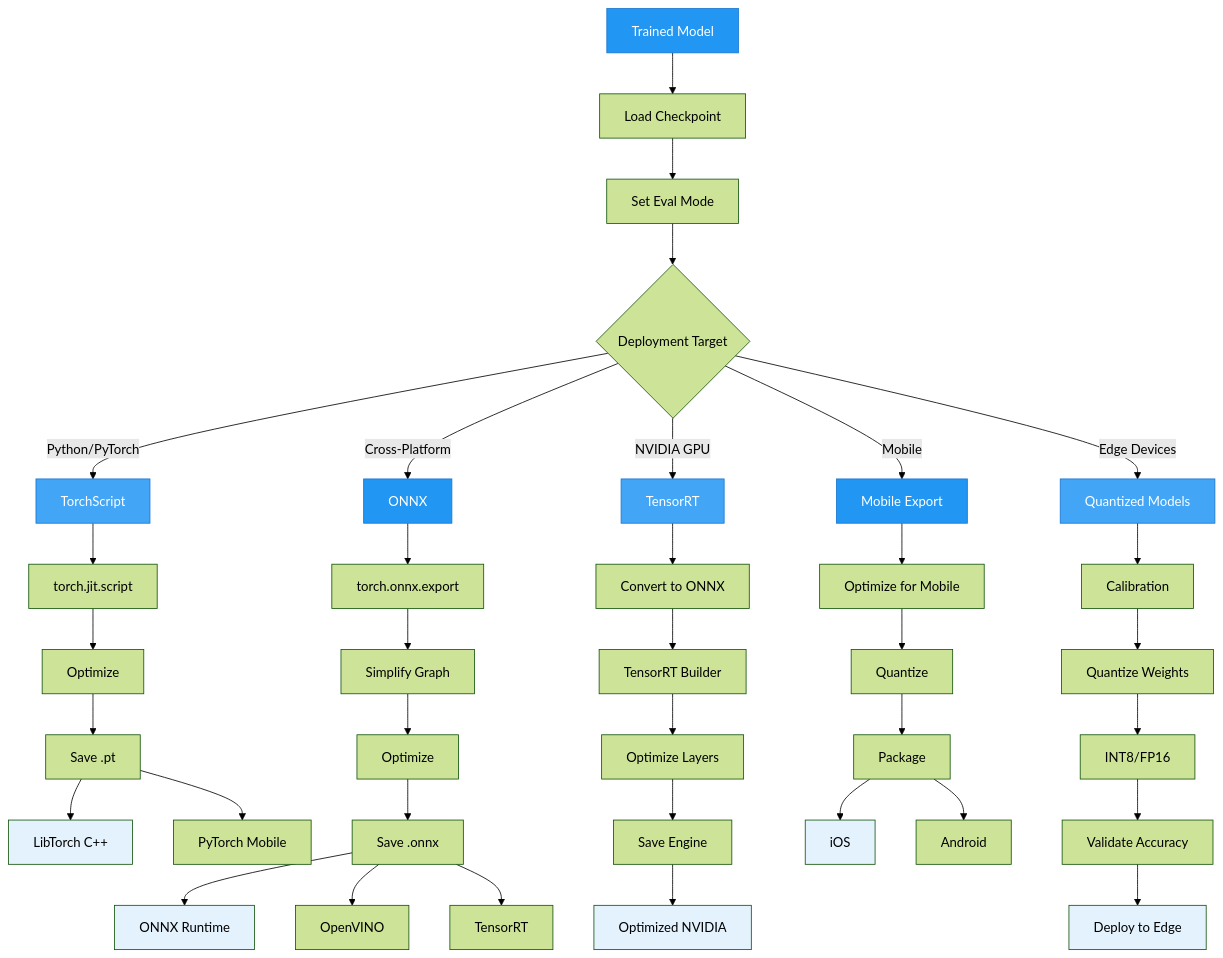
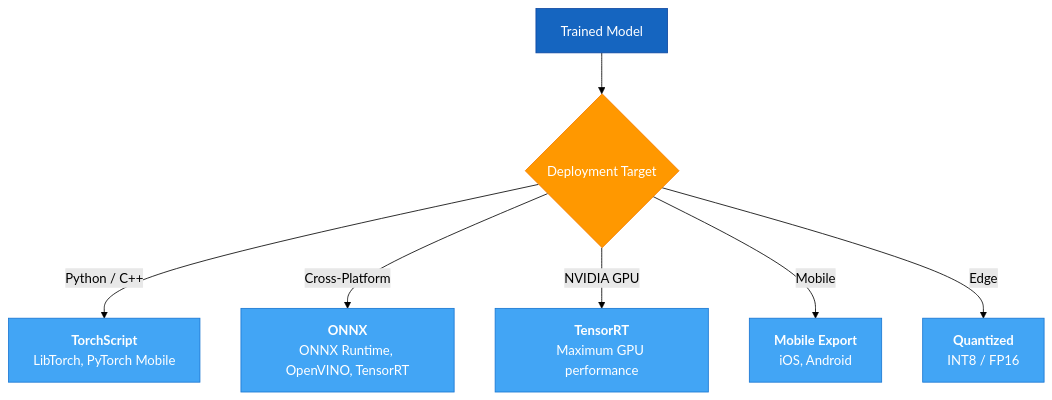
The diagram in docs/user-guide/deployment/deployment.md (theja-vanka/AutoTimm), drawn with Mermaid (forest theme) before and after one commit. The commit also changed 16 other files, not shown here.

Commit message:
refactor: docs with mermaid diagrams

````diff
--- a/docs/user-guide/deployment/deployment.md
+++ b/docs/user-guide/deployment/deployment.md
@@ -7,55 +7,17 @@
 ```mermaid
 graph TD
-    A[Trained Model] --> A1[Load Checkpoint]
-    A1 --> A2[Set Eval Mode]
-    A2 --> B{Deployment Target}
-    
-    B -->|Python/PyTorch| C[TorchScript]
-    C --> C1[torch.jit.script]
-    C1 --> C2[Optimize]
-    C2 --> C3[Save .pt]
-    C3 --> H1[LibTorch C++]
-    C3 --> H2[PyTorch Mobile]
-    
-    B -->|Cross-Platform| D[ONNX]
-    D --> D1[torch.onnx.export]
-    D1 --> D2[Simplify Graph]
-    D2 --> D3[Optimize]
-    D3 --> D4[Save .onnx]
-    D4 --> I1[ONNX Runtime]
-    D4 --> I2[OpenVINO]
-    D4 --> I3[TensorRT]
-    
-    B -->|NVIDIA GPU| E[TensorRT]
-    E --> E1[Convert to ONNX]
-    E1 --> E2[TensorRT Builder]
-    E2 --> E3[Optimize Layers]
-    E3 --> E4[Save Engine]
-    E4 --> J[Optimized NVIDIA]
-    
-    B -->|Mobile| F[Mobile Export]
-    F --> F1[Optimize for Mobile]
-    F1 --> F2[Quantize]
-    F2 --> F3[Package]
-    F3 --> K1[iOS]
-    F3 --> K2[Android]
-    
-    B -->|Edge Devices| G[Quantized Models]
-    G --> G1[Calibration]
-    G1 --> G2[Quantize Weights]
-    G2 --> G3[INT8/FP16]
-    G3 --> G4[Validate Accuracy]
-    G4 --> L[Deploy to Edge]
-    
-    style A fill:#2196F3,stroke:#1976D2,color:#fff
+    A[Trained Model] --> B{Deployment Target}
+    B -->|Python / C++| C[<b>TorchScript</b><br/>LibTorch, PyTorch Mobile]
+    B -->|Cross-Platform| D[<b>ONNX</b><br/>ONNX Runtime, OpenVINO, TensorRT]
+    B -->|NVIDIA GPU| E[<b>TensorRT</b><br/>Maximum GPU performance]
+    B -->|Mobile| F[<b>Mobile Export</b><br/>iOS, Android]
+    B -->|Edge| G[<b>Quantized</b><br/>INT8 / FP16]
+
+    style A fill:#1565C0,stroke:#0D47A1,color:#fff
+    style B fill:#FF9800,stroke:#F57C00,color:#fff
     style C fill:#42A5F5,stroke:#1976D2,color:#fff
-    style D fill:#2196F3,stroke:#1976D2,color:#fff
+    style D fill:#42A5F5,stroke:#1976D2,color:#fff
     style E fill:#42A5F5,stroke:#1976D2,color:#fff
-    style F fill:#2196F3,stroke:#1976D2,color:#fff
+    style F fill:#42A5F5,stroke:#1976D2,color:#fff
     style G fill:#42A5F5,stroke:#1976D2,color:#fff
-    style H1 fill:#E3F2FD
-    style I1 fill:#E3F2FD
-    style J fill:#E3F2FD
-    style K1 fill:#E3F2FD
-    style L fill:#E3F2FD
 ```
````
